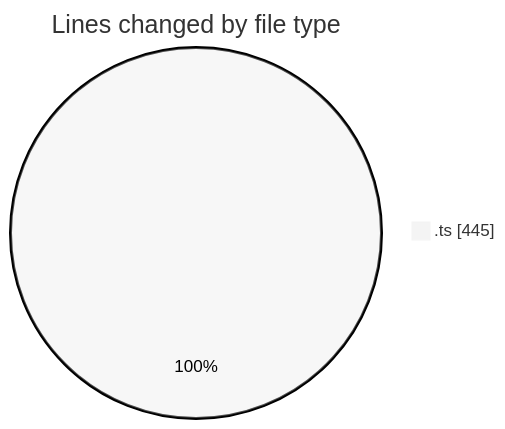
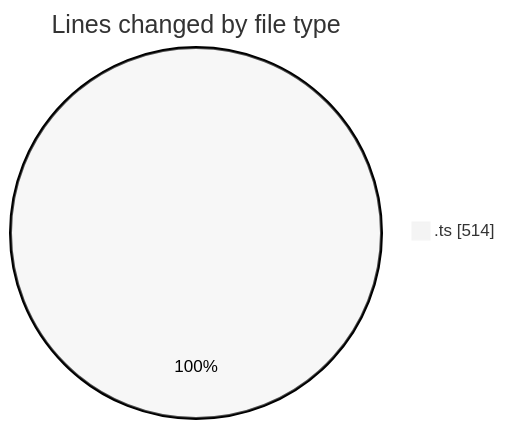
One commit to momahboobian/code-tracking changed the first of 2 diagrams in 2025-08-01/cda/README.md. Above: the diagram before and after it, drawn with Mermaid (neutral theme). The commit also changed other lines of this file and 1 other file, not shown here.

````diff
--- a/2025-08-01/cda/README.md
+++ b/2025-08-01/cda/README.md
@@ -20,5 +20,5 @@
 ```mermaid
 pie showData
 title Lines changed by file type
-".ts" : 445
+".ts" : 514
 ```
````
